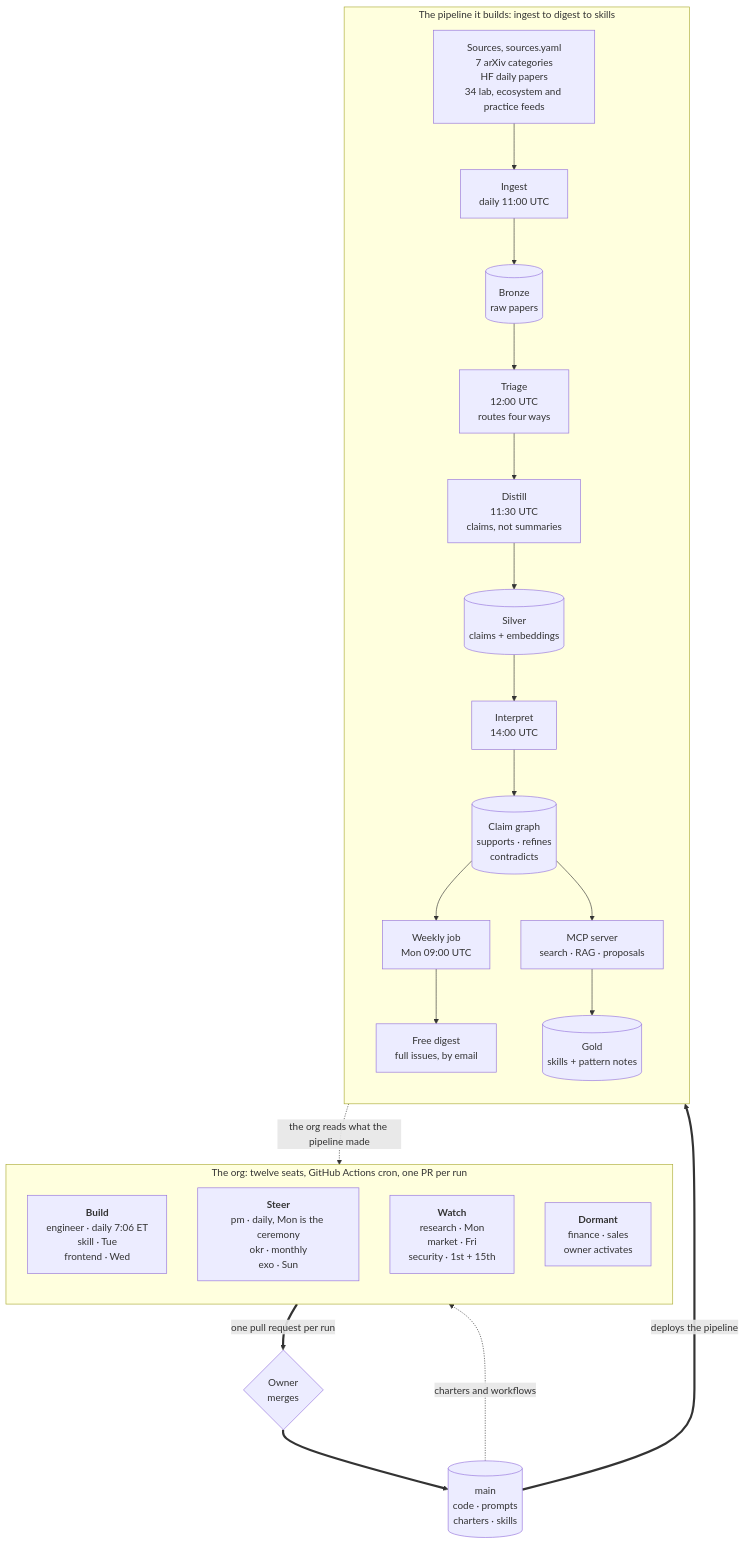
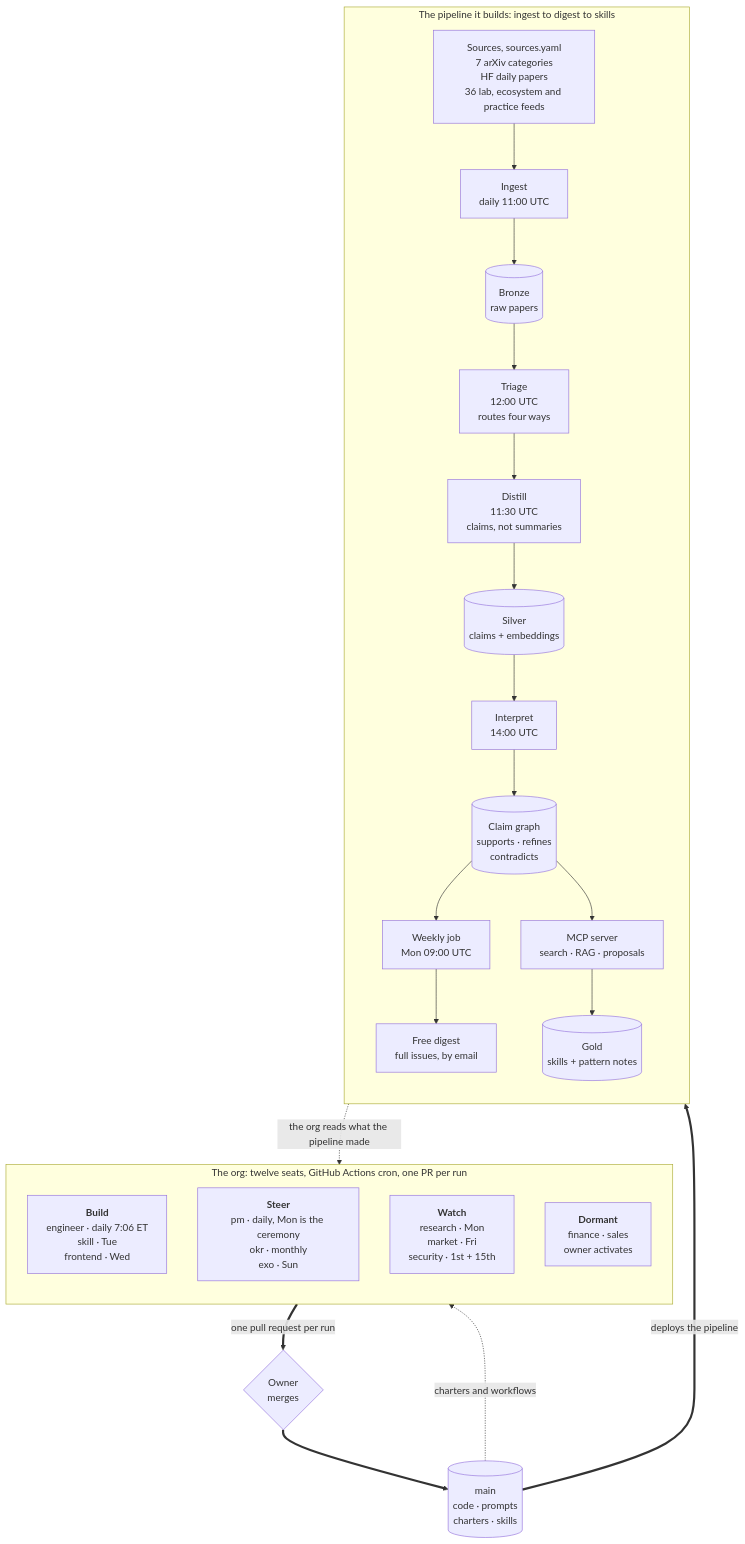
The first of 2 diagrams in README.md (alexandrapaiz/alexandria), drawn with Mermaid before and after one commit. The commit also changed other lines of this file and 5 other files, not shown here.

````diff
--- a/README.md
+++ b/README.md
@@ -34,36 +34,36 @@
 ```mermaid
 flowchart TB
     subgraph ORG["The org: twelve seats, GitHub Actions cron, one PR per run"]
         direction TB
         BUILD["<b>Build</b><br/>engineer · daily 7:06 ET<br/>skill · Tue<br/>frontend · Wed"]
         STEER["<b>Steer</b><br/>pm · daily, Mon is the ceremony<br/>okr · monthly<br/>exo · Sun"]
         WATCH["<b>Watch</b><br/>research · Mon<br/>market · Fri<br/>security · 1st + 15th"]
         DORM["<b>Dormant</b><br/>finance · sales<br/>owner activates"]
     end
 
     subgraph PIPE["The pipeline it builds: ingest to digest to skills"]
         direction TB
-        SRC["Sources, sources.yaml<br/>7 arXiv categories<br/>HF daily papers<br/>34 lab, ecosystem and practice feeds"]
+        SRC["Sources, sources.yaml<br/>7 arXiv categories<br/>HF daily papers<br/>36 lab, ecosystem and practice feeds"]
         ING["Ingest<br/>daily 11:00 UTC"]
         BR[("Bronze<br/>raw papers")]
         TRI["Triage<br/>12:00 UTC<br/>routes four ways"]
         DIS["Distill<br/>11:30 UTC<br/>claims, not summaries"]
         SIL[("Silver<br/>claims + embeddings")]
         INT["Interpret<br/>14:00 UTC"]
         GR[("Claim graph<br/>supports · refines<br/>contradicts")]
         WK["Weekly job<br/>Mon 09:00 UTC"]
         DIGEST["Free digest<br/>full issues, by email"]
         MCP["MCP server<br/>search · RAG · proposals"]
         GOLD[("Gold<br/>skills + pattern notes")]
 
         SRC --> ING --> BR --> TRI --> DIS --> SIL --> INT --> GR
         GR --> WK --> DIGEST
         GR --> MCP --> GOLD
     end
 
     ORG ==>|"one pull request per run"| GATE{"Owner<br/>merges"}
     GATE ==> MAIN[("main<br/>code · prompts<br/>charters · skills")]
     MAIN ==>|"deploys the pipeline"| PIPE
     MAIN -.->|"charters and workflows"| ORG
     PIPE -.->|"the org reads what the pipeline made"| ORG
 ```
````
